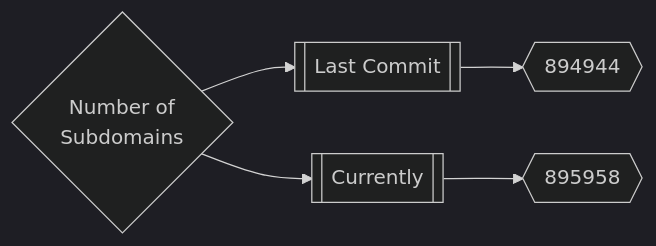
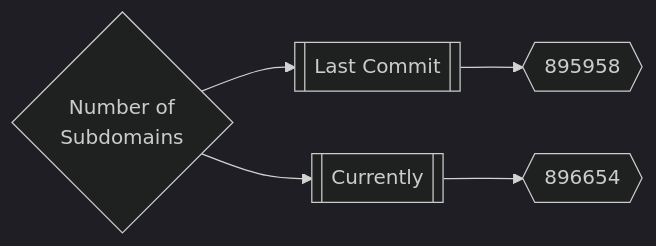
Before and after one commit to trickest/inventory: the first of 3 diagrams in README.md, drawn with Mermaid (dark theme). The commit also changed other lines of this file, not shown here.

Commit message:
Update README.md Fri Jul  1 21:45:36 UTC 2022

````diff
--- a/README.md
+++ b/README.md
@@ -167,5 +167,5 @@
 ```mermaid
 graph LR
-title{Number of<br>Subdomains} --> subdomainsDate1[[Last Commit]] --> subdomainsNum1{{894944}}
-title --> subdomainsDate2[[Currently]] --> subdomainsNum2{{895958}}
+title{Number of<br>Subdomains} --> subdomainsDate1[[Last Commit]] --> subdomainsNum1{{895958}}
+title --> subdomainsDate2[[Currently]] --> subdomainsNum2{{896654}}
 ```
````
